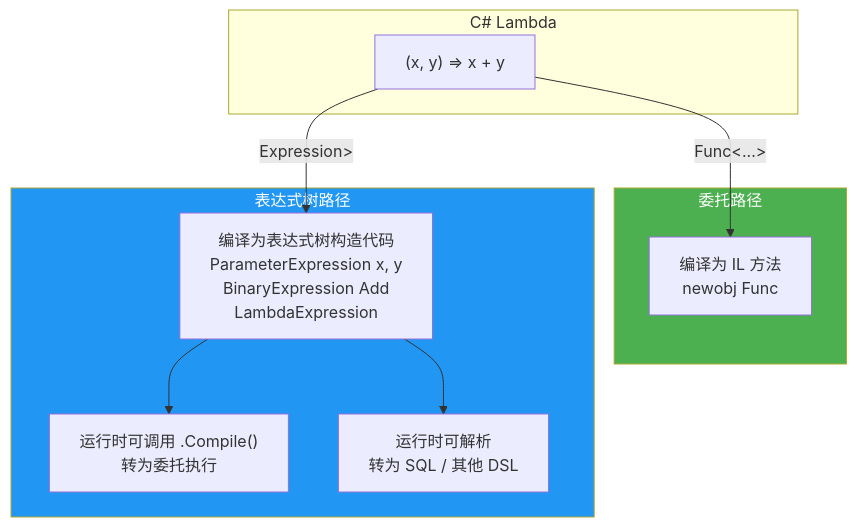
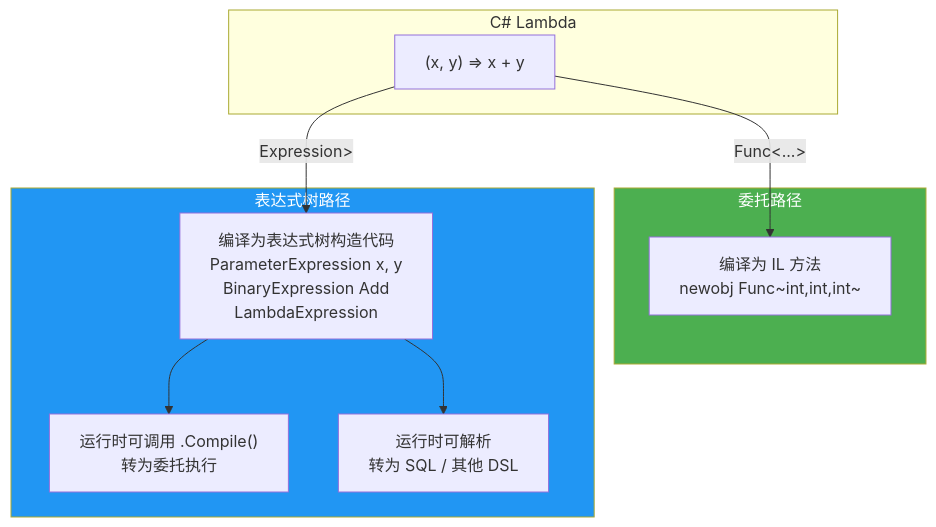
One commit to moklgydocs/moklgydocs.github.io changed the fifth of 7 diagrams in src/后端开发/CSharp/CLR深度/03_方法与委托原理/04_Lambda与闭包原理.md. Above: the diagram before and after it, drawn with Mermaid. The commit also changed other lines of this file and 32 other files, not shown here.

````diff
--- a/src/后端开发/CSharp/CLR深度/03_方法与委托原理/04_Lambda与闭包原理.md
+++ b/src/后端开发/CSharp/CLR深度/03_方法与委托原理/04_Lambda与闭包原理.md
@@ -627,24 +627,24 @@
 ```mermaid
 flowchart TB
     subgraph Source["C# Lambda"]
         A["(x, y) => x + y"]
     end
 
     subgraph DelegatePath["委托路径"]
-        B["编译为 IL 方法<br/>newobj Func<int,int,int>"]
+        B["编译为 IL 方法<br/>newobj Func~int,int,int~"]
     end
 
     subgraph ExpressionPath["表达式树路径"]
         C["编译为表达式树构造代码<br/>ParameterExpression x, y<br/>BinaryExpression Add<br/>LambdaExpression"]
         D["运行时可调用 .Compile()<br/>转为委托执行"]
         E["运行时可解析<br/>转为 SQL / 其他 DSL"]
     end
 
     A -->|"Func<...>"| B
     A -->|"Expression<Func<...>>"| C
     C --> D
     C --> E
 
     style DelegatePath fill:#4CAF50,color:#fff
     style ExpressionPath fill:#2196F3,color:#fff
 ```
````
